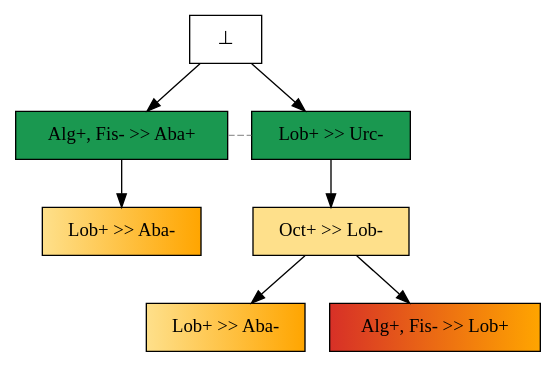
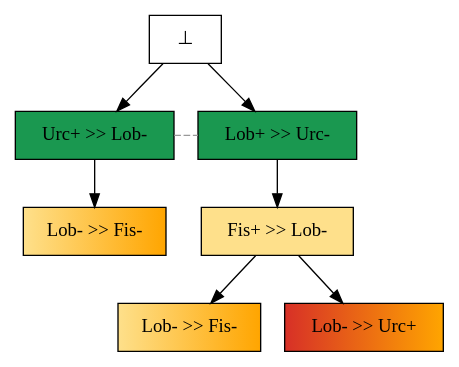
The diagram in examples/tasmanian_toymodel_paper/tasmanian_toymodel_paper_pr_unf_minconfs_labels.dot (giannkas/ecofolder), drawn with Graphviz before and after one commit. The commit also changed 7 other files, not shown here.

```diff
--- a/examples/tasmanian_toymodel_paper/tasmanian_toymodel_paper_pr_unf_minconfs_labels.dot
+++ b/examples/tasmanian_toymodel_paper/tasmanian_toymodel_paper_pr_unf_minconfs_labels.dot
@@ -1,19 +1,19 @@
 digraph test {
 e1 -> e3;
 e2 -> e4;
 e4 -> e5;
 e4 -> e7;
 e0 -> e1;
 e0 -> e2;
 
 //conflicts
 e1 -> e2 [arrowhead=none color=gray60 style=dashed constraint=false];
 
-e1 [color="black" fillcolor="#1a9850:#1a9850" label="Alg+, Fis- >> Aba+" shape=box style=filled];
+e1 [color="black" fillcolor="#1a9850:#1a9850" label="Urc+ >> Lob-" shape=box style=filled];
 e2 [color="black" fillcolor="#1a9850:#1a9850" label="Lob+ >> Urc-" shape=box style=filled];
-e3 [color="black" fillcolor="#fee08b:orange" label="Lob+ >> Aba-" shape=box style=filled];
-e4 [color="black" fillcolor="#fee08b:#fee08b" label="Oct+ >> Lob-" shape=box style=filled];
-e5 [color="black" fillcolor="#fee08b:orange" label="Lob+ >> Aba-" shape=box style=filled];
-e7 [color="black" fillcolor="#d73027:orange" label="Alg+, Fis- >> Lob+" shape=box style=filled];
+e3 [color="black" fillcolor="#fee08b:orange" label="Lob- >> Fis-" shape=box style=filled];
+e4 [color="black" fillcolor="#fee08b:#fee08b" label="Fis+ >> Lob-" shape=box style=filled];
+e5 [color="black" fillcolor="#fee08b:orange" label="Lob- >> Fis-" shape=box style=filled];
+e7 [color="black" fillcolor="#d73027:orange" label="Lob- >> Urc+" shape=box style=filled];
 e0 [fillcolor="white" label="⊥" shape=box style=filled];
 }
```
